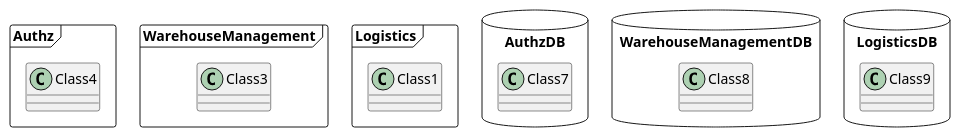
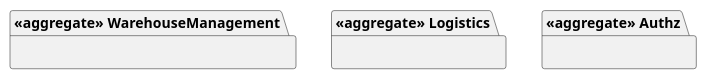
The diagram in Documents/DMs/DM.puml (0franciscor/dei_3dj_057), drawn with PlantUML before and after one commit. The commit also changed 2 other files, not shown here.

```diff
--- a/Documents/DMs/DM.puml
+++ b/Documents/DMs/DM.puml
@@ -1,29 +1,20 @@
 @startuml DM
 
-package Authz <<Frame>> {
-  class Class4
+skinparam classAttributeIconSize 0
+hide empty attributes
+skinparam classBackgroundColor beige
+skinparam ArrowColor #222222
+
+package "<<aggregate>> WarehouseManagement"{
 }
 
-package WarehouseManagement <<Frame>> {
-  class Class3
+package "<<aggregate>> Logistics"{
+
 }
 
-package Logistics <<Frame>> {
-   class Class1 
-}
-
-package AuthzDB <<Database>> {
-  class Class7
-}
-
-package WarehouseManagementDB <<Database>> {
-  class Class8
-}
-
-package LogisticsDB <<Database>> {
-  class Class9
+package "<<aggregate>> Authz" {
 }
 
 
 
 @enduml
```
